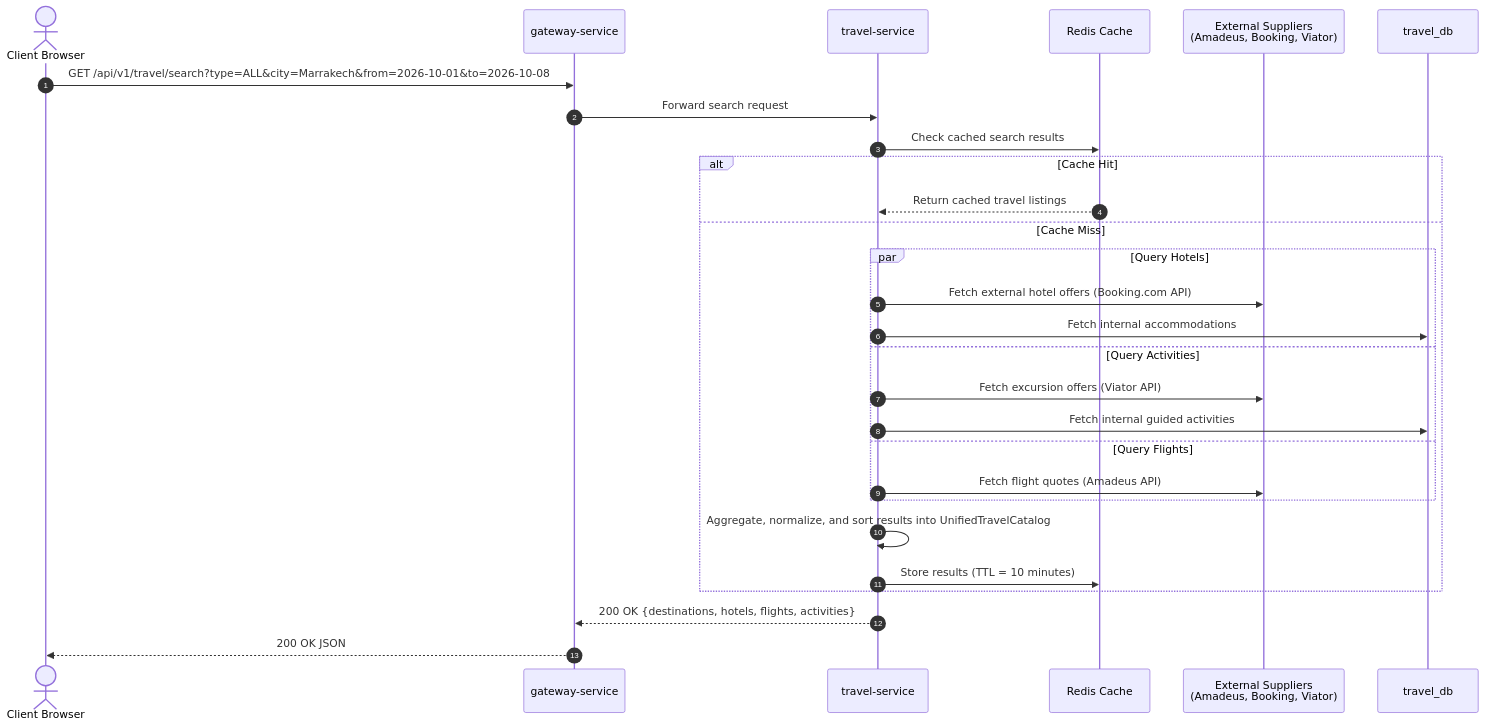
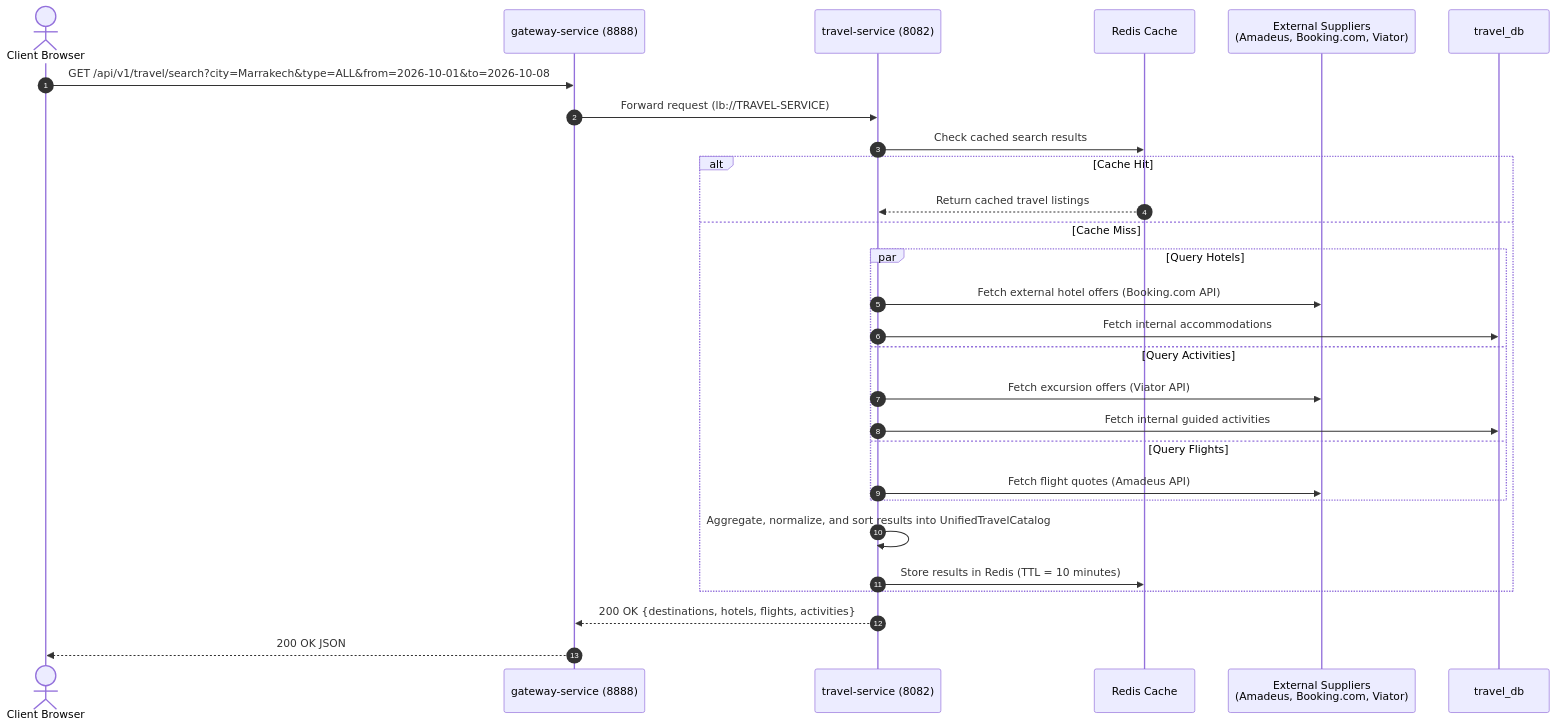
Before and after one commit to ELBATTAHAHMED/Yuding: the third of 5 diagrams in docs/YUDING_V2_ARCHITECTURE.md, drawn with Mermaid. The commit also changed other lines of this file, not shown here.

Commit message:
docs: define Yuding V2 architecture

````diff
--- a/docs/YUDING_V2_ARCHITECTURE.md
+++ b/docs/YUDING_V2_ARCHITECTURE.md
@@ -385,31 +366,31 @@
 ```mermaid
 sequenceDiagram
     autonumber
     actor User as Client Browser
-    participant GW as gateway-service
-    participant TS as travel-service
+    participant GW as gateway-service (8888)
+    participant TS as travel-service (8082)
     participant Cache as Redis Cache
-    participant Ext as External Suppliers<br/>(Amadeus, Booking, Viator)
+    participant Ext as External Suppliers<br/>(Amadeus, Booking.com, Viator)
     participant DB as travel_db
 
-    User->>GW: GET /api/v1/travel/search?type=ALL&city=Marrakech&from=2026-10-01&to=2026-10-08
-    GW->>TS: Forward search request
+    User->>GW: GET /api/v1/travel/search?city=Marrakech&type=ALL&from=2026-10-01&to=2026-10-08
+    GW->>TS: Forward request (lb://TRAVEL-SERVICE)
     TS->>Cache: Check cached search results
     alt Cache Hit
         Cache-->>TS: Return cached travel listings
     else Cache Miss
         par Query Hotels
             TS->>Ext: Fetch external hotel offers (Booking.com API)
             TS->>DB: Fetch internal accommodations
         and Query Activities
             TS->>Ext: Fetch excursion offers (Viator API)
             TS->>DB: Fetch internal guided activities
         and Query Flights
             TS->>Ext: Fetch flight quotes (Amadeus API)
         end
         TS->>TS: Aggregate, normalize, and sort results into UnifiedTravelCatalog
-        TS->>Cache: Store results (TTL = 10 minutes)
+        TS->>Cache: Store results in Redis (TTL = 10 minutes)
     end
     TS-->>GW: 200 OK {destinations, hotels, flights, activities}
     GW-->>User: 200 OK JSON
 ```
````
